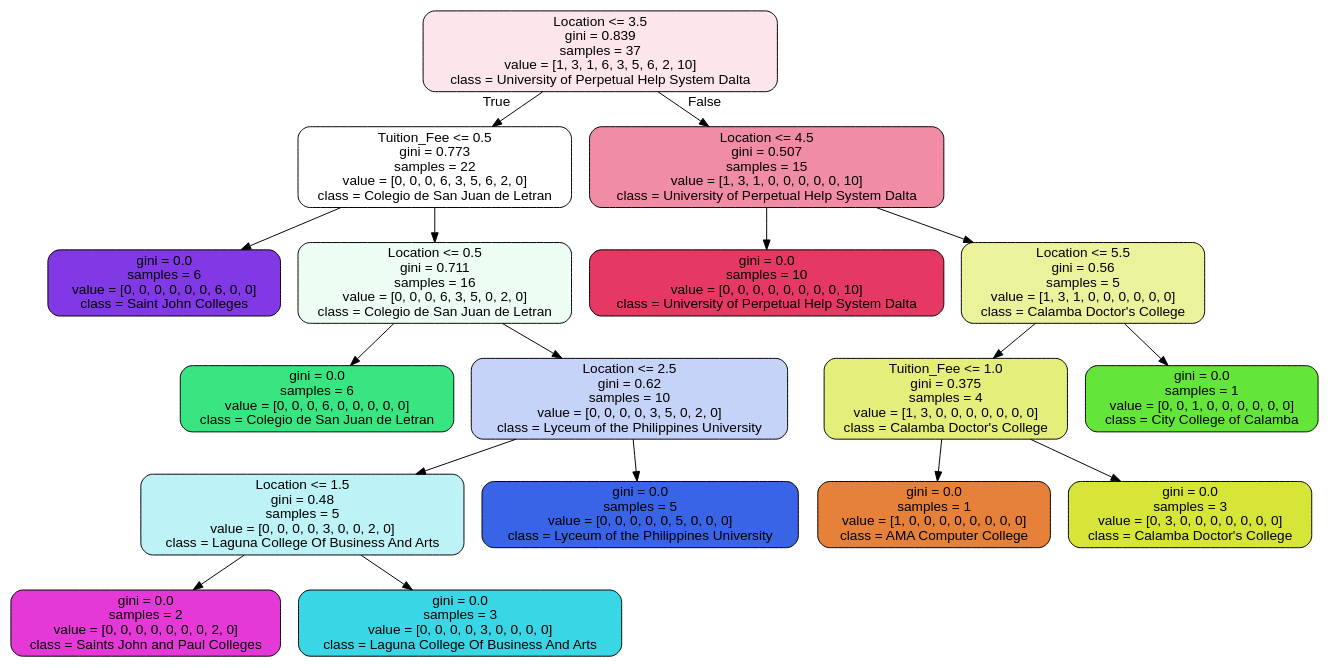
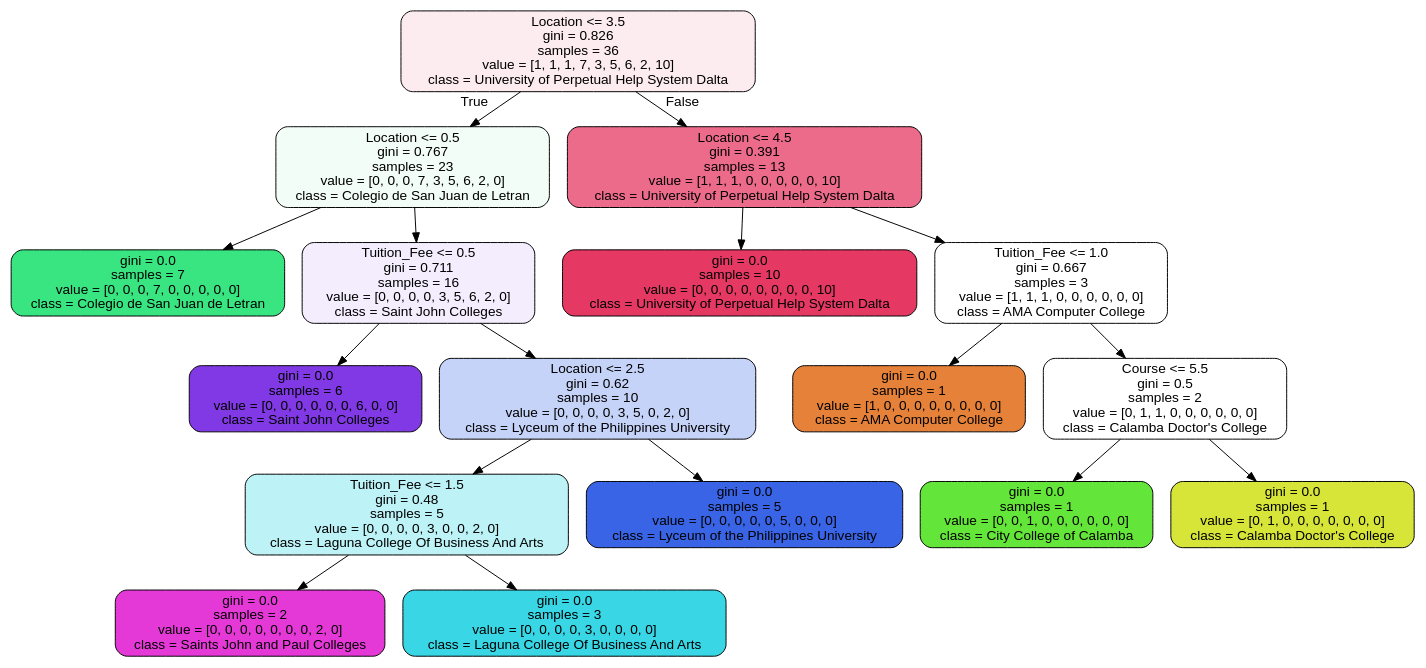
The diagram in dt_plot.dot (Shenchii/SeeKampus_Flask), drawn with Graphviz before and after one commit. The commit also changed 32 other files, not shown here.

```diff
--- a/dt_plot.dot
+++ b/dt_plot.dot
@@ -1,37 +1,37 @@
 digraph Tree {
 node [shape=box, style="filled, rounded", color="black", fontname="helvetica"] ;
 edge [fontname="helvetica"] ;
-0 [label="Location <= 3.5\ngini = 0.839\nsamples = 37\nvalue = [1, 3, 1, 6, 3, 5, 6, 2, 10]\nclass = University of Perpetual Help System Dalta", fillcolor="#fce5eb"] ;
-1 [label="Tuition_Fee <= 0.5\ngini = 0.773\nsamples = 22\nvalue = [0, 0, 0, 6, 3, 5, 6, 2, 0]\nclass = Colegio de San Juan de Letran", fillcolor="#ffffff"] ;
+0 [label="Location <= 3.5\ngini = 0.826\nsamples = 36\nvalue = [1, 1, 1, 7, 3, 5, 6, 2, 10]\nclass = University of Perpetual Help System Dalta", fillcolor="#fcebef"] ;
+1 [label="Location <= 0.5\ngini = 0.767\nsamples = 23\nvalue = [0, 0, 0, 7, 3, 5, 6, 2, 0]\nclass = Colegio de San Juan de Letran", fillcolor="#f3fdf8"] ;
 0 -> 1 [labeldistance=2.5, labelangle=45, headlabel="True"] ;
-2 [label="gini = 0.0\nsamples = 6\nvalue = [0, 0, 0, 0, 0, 0, 6, 0, 0]\nclass = Saint John Colleges", fillcolor="#8139e5"] ;
+2 [label="gini = 0.0\nsamples = 7\nvalue = [0, 0, 0, 7, 0, 0, 0, 0, 0]\nclass = Colegio de San Juan de Letran", fillcolor="#39e581"] ;
 1 -> 2 ;
-3 [label="Location <= 0.5\ngini = 0.711\nsamples = 16\nvalue = [0, 0, 0, 6, 3, 5, 0, 2, 0]\nclass = Colegio de San Juan de Letran", fillcolor="#edfdf4"] ;
+3 [label="Tuition_Fee <= 0.5\ngini = 0.711\nsamples = 16\nvalue = [0, 0, 0, 0, 3, 5, 6, 2, 0]\nclass = Saint John Colleges", fillcolor="#f4edfd"] ;
 1 -> 3 ;
-4 [label="gini = 0.0\nsamples = 6\nvalue = [0, 0, 0, 6, 0, 0, 0, 0, 0]\nclass = Colegio de San Juan de Letran", fillcolor="#39e581"] ;
+4 [label="gini = 0.0\nsamples = 6\nvalue = [0, 0, 0, 0, 0, 0, 6, 0, 0]\nclass = Saint John Colleges", fillcolor="#8139e5"] ;
 3 -> 4 ;
 5 [label="Location <= 2.5\ngini = 0.62\nsamples = 10\nvalue = [0, 0, 0, 0, 3, 5, 0, 2, 0]\nclass = Lyceum of the Philippines University", fillcolor="#c6d3f8"] ;
 3 -> 5 ;
-6 [label="Location <= 1.5\ngini = 0.48\nsamples = 5\nvalue = [0, 0, 0, 0, 3, 0, 0, 2, 0]\nclass = Laguna College Of Business And Arts", fillcolor="#bdf2f6"] ;
+6 [label="Tuition_Fee <= 1.5\ngini = 0.48\nsamples = 5\nvalue = [0, 0, 0, 0, 3, 0, 0, 2, 0]\nclass = Laguna College Of Business And Arts", fillcolor="#bdf2f6"] ;
 5 -> 6 ;
 7 [label="gini = 0.0\nsamples = 2\nvalue = [0, 0, 0, 0, 0, 0, 0, 2, 0]\nclass = Saints John and Paul Colleges", fillcolor="#e539d7"] ;
 6 -> 7 ;
 8 [label="gini = 0.0\nsamples = 3\nvalue = [0, 0, 0, 0, 3, 0, 0, 0, 0]\nclass = Laguna College Of Business And Arts", fillcolor="#39d7e5"] ;
 6 -> 8 ;
 9 [label="gini = 0.0\nsamples = 5\nvalue = [0, 0, 0, 0, 0, 5, 0, 0, 0]\nclass = Lyceum of the Philippines University", fillcolor="#3964e5"] ;
 5 -> 9 ;
-10 [label="Location <= 4.5\ngini = 0.507\nsamples = 15\nvalue = [1, 3, 1, 0, 0, 0, 0, 0, 10]\nclass = University of Perpetual Help System Dalta", fillcolor="#f08ca5"] ;
+10 [label="Location <= 4.5\ngini = 0.391\nsamples = 13\nvalue = [1, 1, 1, 0, 0, 0, 0, 0, 10]\nclass = University of Perpetual Help System Dalta", fillcolor="#ec6b8b"] ;
 0 -> 10 [labeldistance=2.5, labelangle=-45, headlabel="False"] ;
 11 [label="gini = 0.0\nsamples = 10\nvalue = [0, 0, 0, 0, 0, 0, 0, 0, 10]\nclass = University of Perpetual Help System Dalta", fillcolor="#e53964"] ;
 10 -> 11 ;
-12 [label="Location <= 5.5\ngini = 0.56\nsamples = 5\nvalue = [1, 3, 1, 0, 0, 0, 0, 0, 0]\nclass = Calamba Doctor's College", fillcolor="#ebf29c"] ;
+12 [label="Tuition_Fee <= 1.0\ngini = 0.667\nsamples = 3\nvalue = [1, 1, 1, 0, 0, 0, 0, 0, 0]\nclass = AMA Computer College", fillcolor="#ffffff"] ;
 10 -> 12 ;
-13 [label="Tuition_Fee <= 1.0\ngini = 0.375\nsamples = 4\nvalue = [1, 3, 0, 0, 0, 0, 0, 0, 0]\nclass = Calamba Doctor's College", fillcolor="#e4ee7b"] ;
+13 [label="gini = 0.0\nsamples = 1\nvalue = [1, 0, 0, 0, 0, 0, 0, 0, 0]\nclass = AMA Computer College", fillcolor="#e58139"] ;
 12 -> 13 ;
-14 [label="gini = 0.0\nsamples = 1\nvalue = [1, 0, 0, 0, 0, 0, 0, 0, 0]\nclass = AMA Computer College", fillcolor="#e58139"] ;
-13 -> 14 ;
-15 [label="gini = 0.0\nsamples = 3\nvalue = [0, 3, 0, 0, 0, 0, 0, 0, 0]\nclass = Calamba Doctor's College", fillcolor="#d7e539"] ;
-13 -> 15 ;
-16 [label="gini = 0.0\nsamples = 1\nvalue = [0, 0, 1, 0, 0, 0, 0, 0, 0]\nclass = City College of Calamba", fillcolor="#64e539"] ;
-12 -> 16 ;
+14 [label="Course <= 5.5\ngini = 0.5\nsamples = 2\nvalue = [0, 1, 1, 0, 0, 0, 0, 0, 0]\nclass = Calamba Doctor's College", fillcolor="#ffffff"] ;
+12 -> 14 ;
+15 [label="gini = 0.0\nsamples = 1\nvalue = [0, 0, 1, 0, 0, 0, 0, 0, 0]\nclass = City College of Calamba", fillcolor="#64e539"] ;
+14 -> 15 ;
+16 [label="gini = 0.0\nsamples = 1\nvalue = [0, 1, 0, 0, 0, 0, 0, 0, 0]\nclass = Calamba Doctor's College", fillcolor="#d7e539"] ;
+14 -> 16 ;
 }
```
